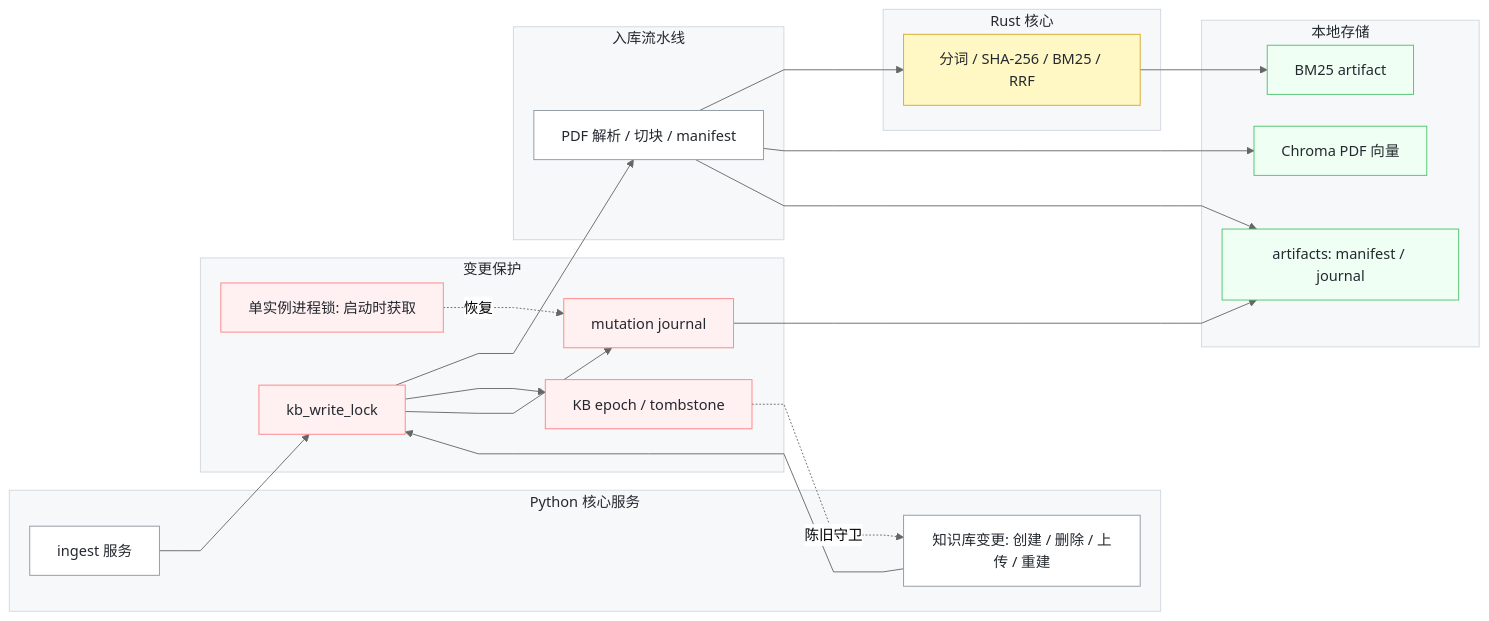
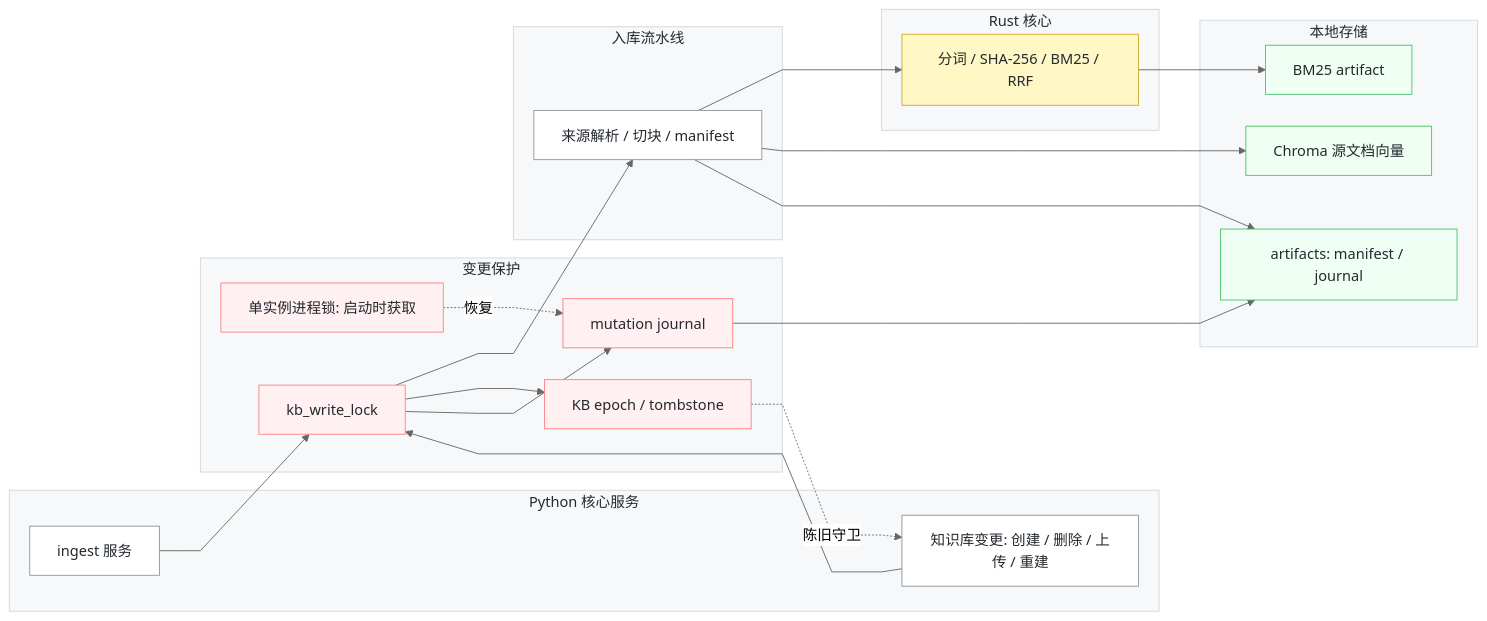
The second of 4 diagrams in docs/README_zh-CN.md (jikongabc/CogDoc), drawn with Mermaid before and after one commit. The commit also changed other lines of this file and 133 other files, not shown here.

````diff
--- a/docs/README_zh-CN.md
+++ b/docs/README_zh-CN.md
@@ -396,57 +421,57 @@
 ```mermaid
 %%{init: {"theme":"neutral","flowchart":{"curve":"linear","nodeSpacing":35,"rankSpacing":45}}}%%
 flowchart LR
     classDef node fill:#ffffff,stroke:#8c959f,stroke-width:1px,color:#24292f
     classDef storage fill:#f0fff4,stroke:#4ac26b,stroke-width:1px,color:#24292f
     classDef guard fill:#fff1f1,stroke:#ff8182,stroke-width:1px,color:#24292f
     classDef native fill:#fff8c5,stroke:#d4a72c,stroke-width:1px,color:#24292f
 
     subgraph SERVICES["Python 核心服务"]
         INGEST["ingest 服务"]
         KBMUT["知识库变更: 创建 / 删除 / 上传 / 重建"]
     end
 
     subgraph SAFETY["变更保护"]
         PROCLOCK["单实例进程锁: 启动时获取"]
         KBLOCK["kb_write_lock"]
         JOURNAL["mutation journal"]
         EPOCH["KB epoch / tombstone"]
     end
 
     subgraph INGESTION["入库流水线"]
-        PARSE["PDF 解析 / 切块 / manifest"]
+        PARSE["来源解析 / 切块 / manifest"]
     end
 
     subgraph NATIVE["Rust 核心"]
         RUST["分词 / SHA-256 / BM25 / RRF"]
     end
 
     subgraph STORE["本地存储"]
-        PDFVEC["Chroma PDF 向量"]
+        PDFVEC["Chroma 源文档向量"]
         BM25["BM25 artifact"]
         ARTIFACTS["artifacts: manifest / journal"]
     end
 
     PROCLOCK -. 恢复 .-> JOURNAL
     INGEST --> KBLOCK
     KBMUT --> KBLOCK
     KBLOCK --> PARSE
     KBLOCK --> EPOCH
     EPOCH -. 陈旧守卫 .-> KBMUT
     KBLOCK --> JOURNAL
     PARSE --> RUST
     PARSE --> PDFVEC
     PARSE --> ARTIFACTS
     RUST --> BM25
     JOURNAL --> ARTIFACTS
 
     style SERVICES fill:#f6f8fa,stroke:#d0d7de,stroke-width:1px,color:#24292f
     style SAFETY fill:#f6f8fa,stroke:#d0d7de,stroke-width:1px,color:#24292f
     style INGESTION fill:#f6f8fa,stroke:#d0d7de,stroke-width:1px,color:#24292f
     style NATIVE fill:#f6f8fa,stroke:#d0d7de,stroke-width:1px,color:#24292f
     style STORE fill:#f6f8fa,stroke:#d0d7de,stroke-width:1px,color:#24292f
     class INGEST,KBMUT,PARSE node
     class PDFVEC,BM25,ARTIFACTS storage
     class PROCLOCK,KBLOCK,JOURNAL,EPOCH guard
     class RUST native
 ```
````
